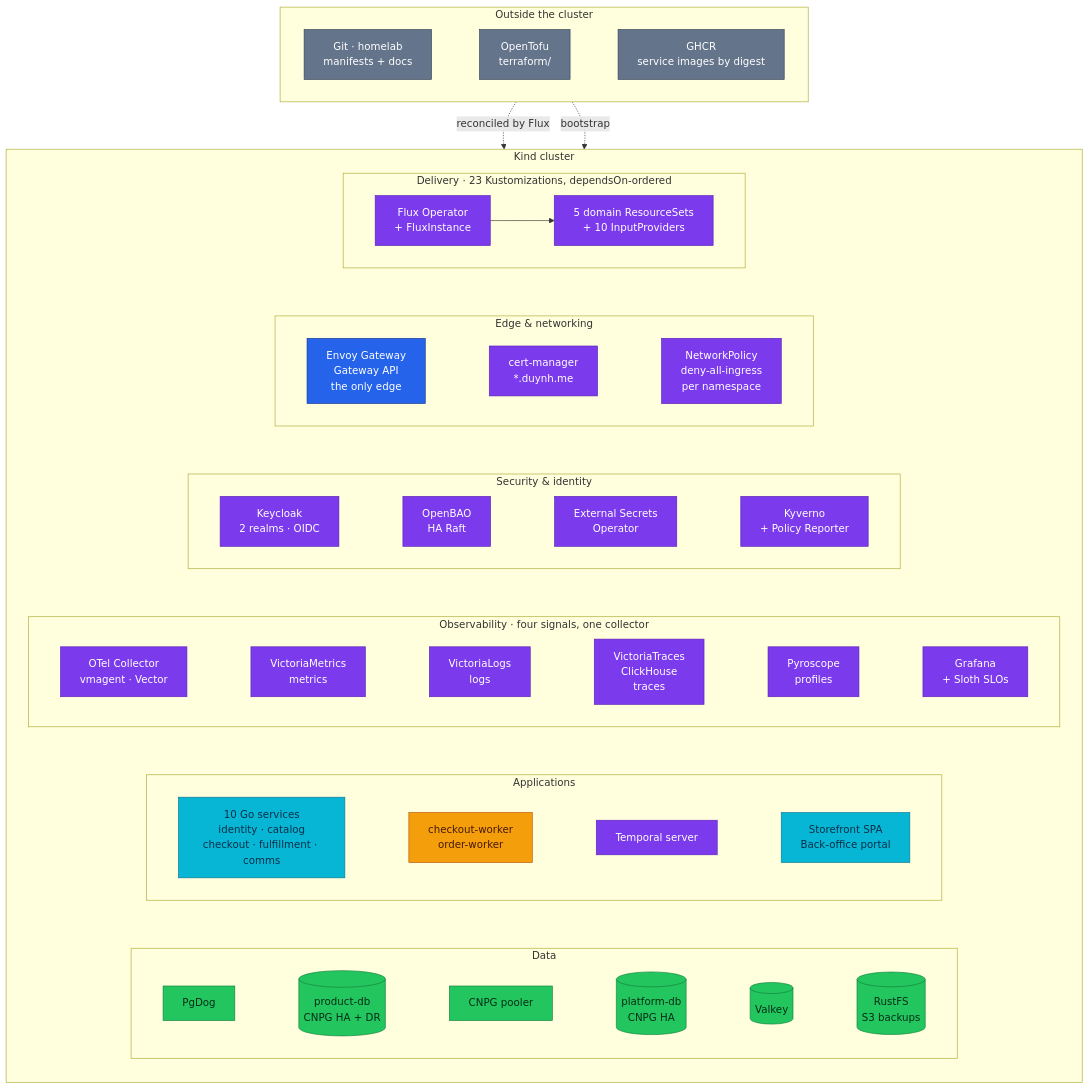
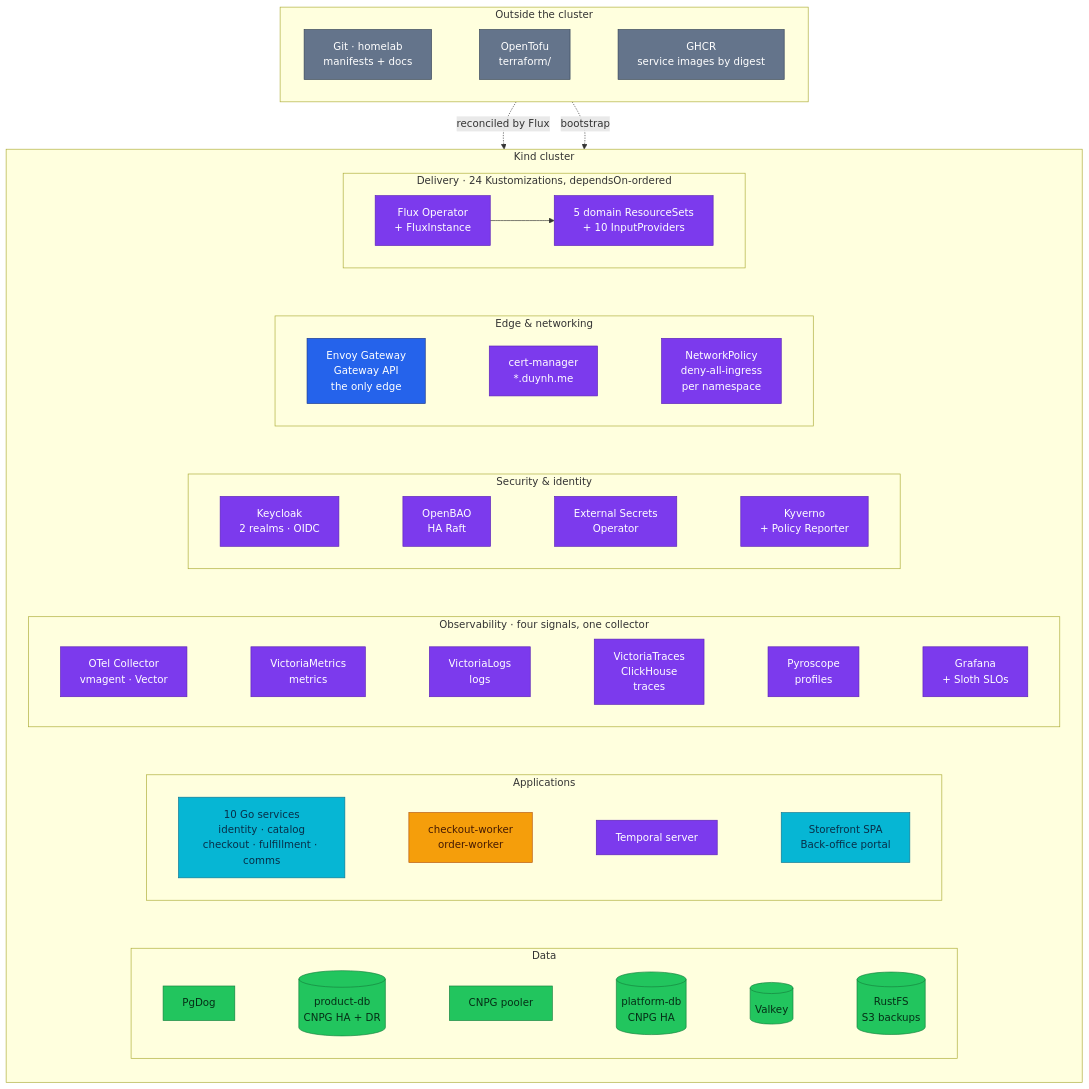
Before and after one commit to duynhlab/homelab: the first of 3 diagrams in README.md, drawn with Mermaid. The commit also changed 10 other files, not shown here.

````diff
--- a/README.md
+++ b/README.md
@@ -47,81 +47,81 @@
 ```mermaid
 flowchart TB
     classDef edge fill:#2563eb,color:#fff,stroke:#1e3a8a;
     classDef service fill:#06b6d4,color:#082f49,stroke:#0e7490;
     classDef worker fill:#f59e0b,color:#451a03,stroke:#b45309;
     classDef platform fill:#7c3aed,color:#fff,stroke:#5b21b6;
     classDef data fill:#22c55e,color:#052e16,stroke:#15803d;
     classDef external fill:#64748b,color:#fff,stroke:#334155;
 
     subgraph OUT ["Outside the cluster"]
         direction LR
         GIT["Git · homelab<br/>manifests + docs"]:::external
         TOFU["OpenTofu<br/>terraform/"]:::external
         GHCR["GHCR<br/>service images by digest"]:::external
         GIT ~~~ TOFU ~~~ GHCR
     end
 
     subgraph CLUSTER ["Kind cluster"]
         direction TB
 
-        subgraph DEL ["Delivery · 23 Kustomizations, dependsOn-ordered"]
+        subgraph DEL ["Delivery · 24 Kustomizations, dependsOn-ordered"]
             direction LR
             FLUX["Flux Operator<br/>+ FluxInstance"]:::platform
             RS["5 domain ResourceSets<br/>+ 10 InputProviders"]:::platform
             FLUX --> RS
         end
 
         subgraph NET ["Edge & networking"]
             direction LR
             EG["Envoy Gateway<br/>Gateway API<br/>the only edge"]:::edge
             CM["cert-manager<br/>*.duynh.me"]:::platform
             NP["NetworkPolicy<br/>deny-all-ingress<br/>per namespace"]:::platform
             EG ~~~ CM ~~~ NP
         end
 
         subgraph SEC ["Security & identity"]
             direction LR
             KC["Keycloak<br/>2 realms · OIDC"]:::platform
             BAO["OpenBAO<br/>HA Raft"]:::platform
             ESO["External Secrets<br/>Operator"]:::platform
             KYV["Kyverno<br/>+ Policy Reporter"]:::platform
             KC ~~~ BAO ~~~ ESO ~~~ KYV
         end
 
         subgraph OBS ["Observability · four signals, one collector"]
             direction LR
             COL["OTel Collector<br/>vmagent · Vector"]:::platform
             VM["VictoriaMetrics<br/>metrics"]:::platform
             VL["VictoriaLogs<br/>logs"]:::platform
             VT["VictoriaTraces<br/>ClickHouse<br/>traces"]:::platform
             PY["Pyroscope<br/>profiles"]:::platform
             GR["Grafana<br/>+ Sloth SLOs"]:::platform
             COL ~~~ VM ~~~ VL ~~~ VT ~~~ PY ~~~ GR
         end
 
         subgraph APP ["Applications"]
             direction LR
             SVC["10 Go services<br/>identity · catalog<br/>checkout · fulfillment · comms"]:::service
             WK["checkout-worker<br/>order-worker"]:::worker
             TMP["Temporal server"]:::platform
             SPA["Storefront SPA<br/>Back-office portal"]:::service
             SVC ~~~ WK ~~~ TMP ~~~ SPA
         end
 
         subgraph DAT ["Data"]
             direction LR
             PGD["PgDog"]:::data
             PDB[("product-db<br/>CNPG HA + DR")]:::data
             PGB["CNPG pooler"]:::data
             PLDB[("platform-db<br/>CNPG HA")]:::data
             VK[("Valkey")]:::data
             S3[("RustFS<br/>S3 backups")]:::data
             PGD ~~~ PDB ~~~ PGB ~~~ PLDB ~~~ VK ~~~ S3
         end
 
         DEL ~~~ NET ~~~ SEC ~~~ OBS ~~~ APP ~~~ DAT
     end
 
     GIT -.->|"reconciled by Flux"| FLUX
     TOFU -.->|"bootstrap"| FLUX
 ```
````
